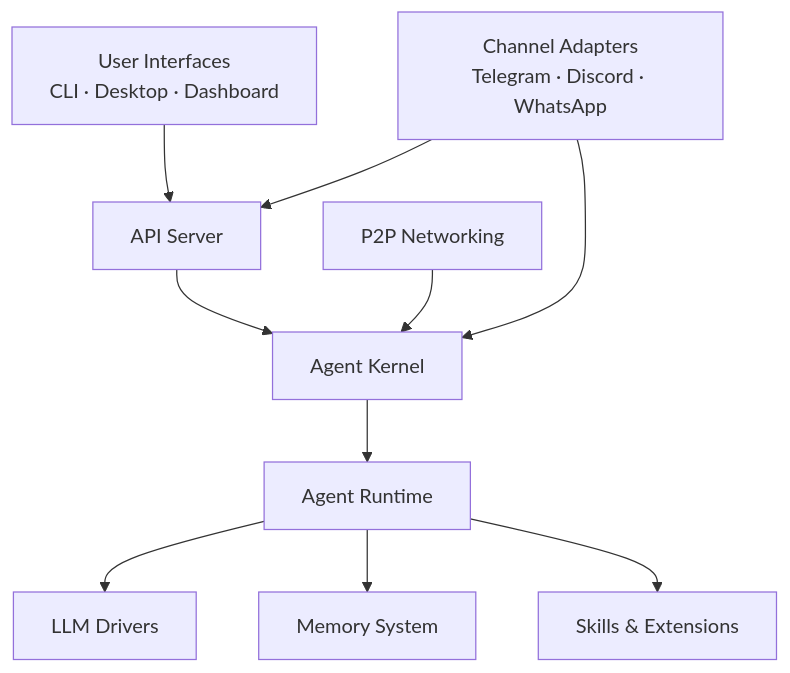
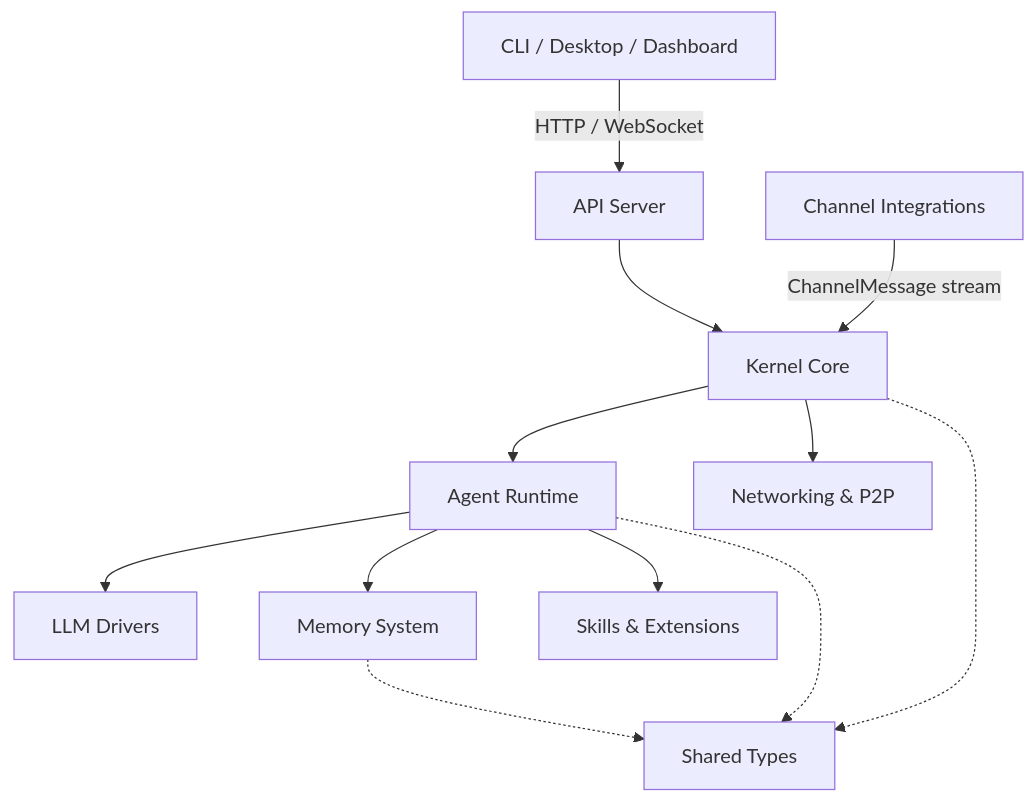
Before and after one commit to leszek3737/librefang-WIki: the diagram in overview.md, drawn with Mermaid. The commit also changed other lines of this file and 98 other files, not shown here.

````diff
--- a/overview.md
+++ b/overview.md
@@ -9,22 +11,25 @@
 ```mermaid
 graph TD
-    UI["User Interfaces<br/>CLI · Desktop · Dashboard"]
-    CHANNELS["Channel Adapters<br/>Telegram · Discord · WhatsApp"]
+    UI["CLI / Desktop / Dashboard"]
     API["API Server"]
-    KERNEL["Agent Kernel"]
+    KERNEL["Kernel Core"]
     RUNTIME["Agent Runtime"]
     LLM["LLM Drivers"]
-    MEMORY["Memory System"]
-    SKILLS["Skills & Extensions"]
-    PEER["P2P Networking"]
+    MEM["Memory System"]
+    CH["Channel Integrations"]
+    EXT["Skills & Extensions"]
+    TYPES["Shared Types"]
+    P2P["Networking & P2P"]
 
-    UI --> API
-    CHANNELS --> API
-    CHANNELS --> KERNEL
+    UI -->|HTTP / WebSocket| API
     API --> KERNEL
     KERNEL --> RUNTIME
     RUNTIME --> LLM
-    RUNTIME --> MEMORY
-    RUNTIME --> SKILLS
-    PEER --> KERNEL
+    RUNTIME --> MEM
+    RUNTIME --> EXT
+    CH -->|ChannelMessage stream| KERNEL
+    KERNEL --> P2P
+    RUNTIME -.-> TYPES
+    KERNEL -.-> TYPES
+    MEM -.-> TYPES
 ```
````
